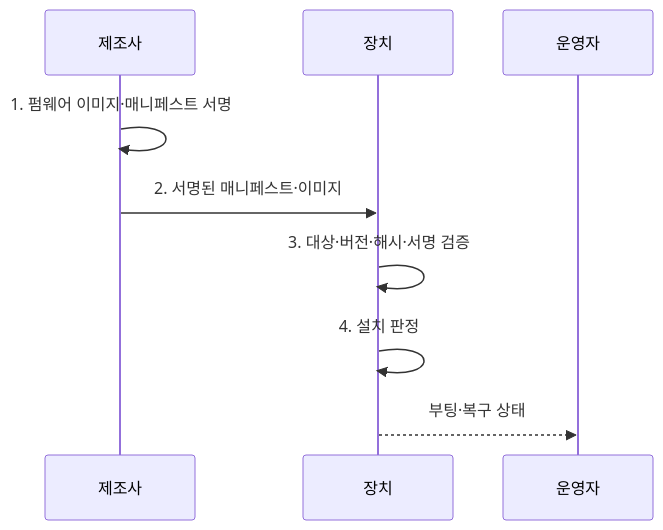
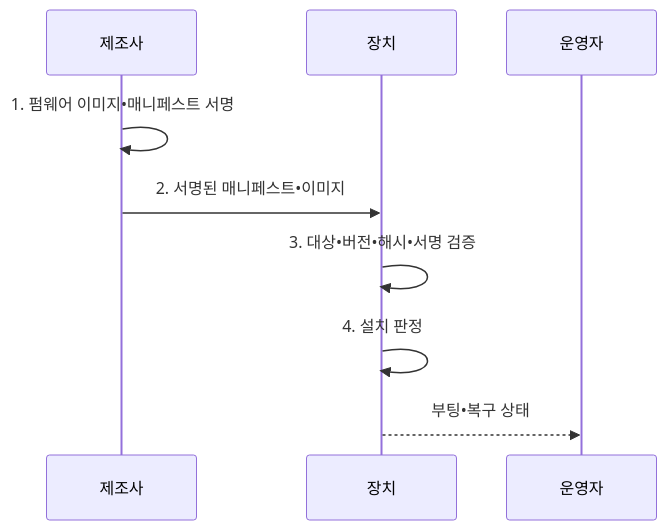
One commit to agnusdei1207/knowledge-base changed the second of 2 diagrams in src/content/docs/notes/05-security/126_firmware_security.md. Above: the diagram before and after it, drawn with Mermaid. The commit also changed other lines of this file and 953 other files, not shown here.

````diff
--- a/src/content/docs/notes/05-security/126_firmware_security.md
+++ b/src/content/docs/notes/05-security/126_firmware_security.md
@@ -98,11 +98,11 @@
 ```mermaid
 sequenceDiagram
   participant M as 제조사
   participant D as 장치
   participant O as 운영자
-  M->>M: 1. 펌웨어 이미지·매니페스트 서명
-  M->>D: 2. 서명된 매니페스트·이미지
-  D->>D: 3. 대상·버전·해시·서명 검증
+  M->>M: 1. 펌웨어 이미지•매니페스트 서명
+  M->>D: 2. 서명된 매니페스트•이미지
+  D->>D: 3. 대상•버전•해시•서명 검증
   D->>D: 4. 설치 판정
-  D-->>O: 부팅·복구 상태
+  D-->>O: 부팅•복구 상태
 ```
````
